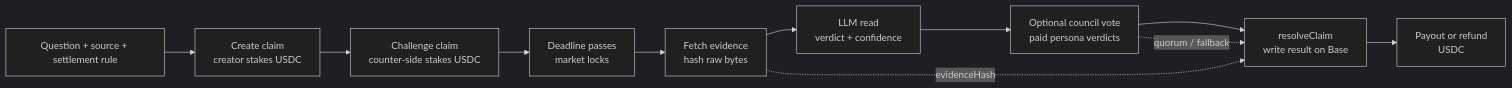
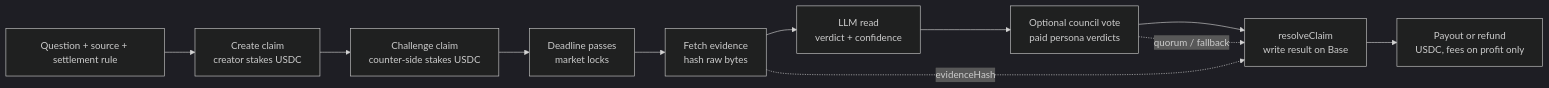
The second of 14 diagrams in README.md (enliven17/mimir-base), drawn with Mermaid (dark theme) before and after one commit. The commit also changed other lines of this file and 10 other files, not shown here.

````diff
--- a/README.md
+++ b/README.md
@@ -174,16 +157,16 @@
 ```mermaid
 flowchart LR
     Q[Question + source + settlement rule]
     C[Create claim<br/>creator stakes USDC]
     B[Challenge claim<br/>counter-side stakes USDC]
     D[Deadline passes<br/>market locks]
     E[Fetch evidence<br/>hash raw bytes]
     L[LLM read<br/>verdict + confidence]
     J[Optional council vote<br/>paid persona verdicts]
     R[resolveClaim<br/>write result on Base]
-    P[Payout or refund<br/>USDC]
+    P[Payout or refund<br/>USDC, fees on profit only]
 
     Q --> C --> B --> D --> E --> L --> J --> R --> P
     E -. evidenceHash .-> R
     J -. quorum / fallback .-> R
 ```
````
